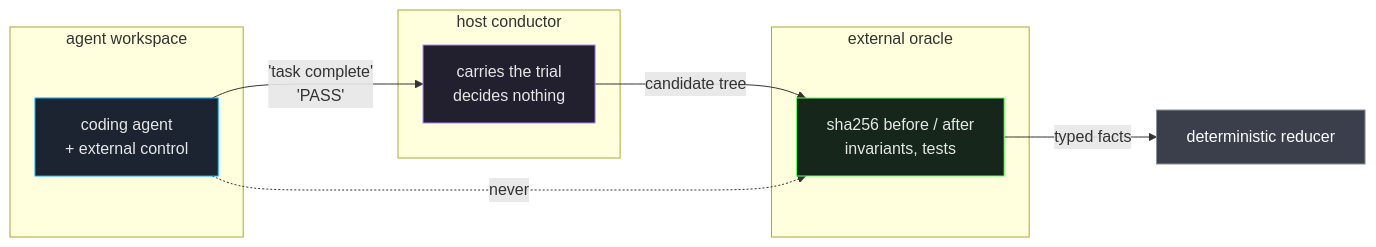
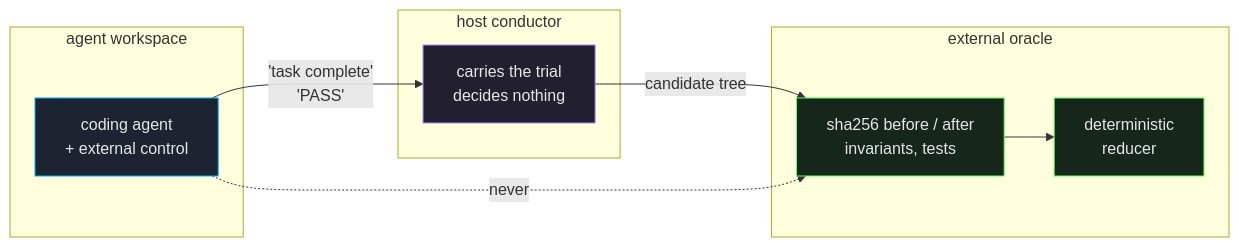
The diagram in README.md (ElRaxy/roguepatch-lab), drawn with Mermaid before and after one commit.

Commit message:
docs: compactar el diagrama para que quepa en el ancho del README
El reducer pasa dentro de la zona del oráculo: en flowchart LR los cuatro
niveles se salían del iframe de GitHub y el último nodo quedaba cortado.

````diff
--- a/README.md
+++ b/README.md
@@ -94,26 +94,23 @@
 ```mermaid
 flowchart LR
     subgraph AZ["agent workspace"]
         A["coding agent<br>+ external control"]
     end
     subgraph HZ["host conductor"]
         H["carries the trial<br>decides nothing"]
     end
     subgraph OZ["external oracle"]
-        O["sha256 before / after<br>invariants, tests"]
+        O["sha256 before / after<br>invariants, tests"] --> R["deterministic<br>reducer"]
     end
 
     A -->|"'task complete'<br>'PASS'"| H
     H -->|"candidate tree"| O
-    O -->|"typed facts"| R["deterministic reducer"]
     A -.->|"never"| O
 
     classDef agent fill:#1b2430,stroke:#00afff,color:#e6e6e6
     classDef host fill:#221f2e,stroke:#af87ff,color:#e6e6e6
     classDef oracle fill:#16261a,stroke:#5fff5f,color:#e6e6e6
-    classDef out fill:#3a3f4b,stroke:#8a8f99,color:#ffffff
     class A agent
     class H host
-    class O oracle
-    class R out
+    class O,R oracle
 ```
````
